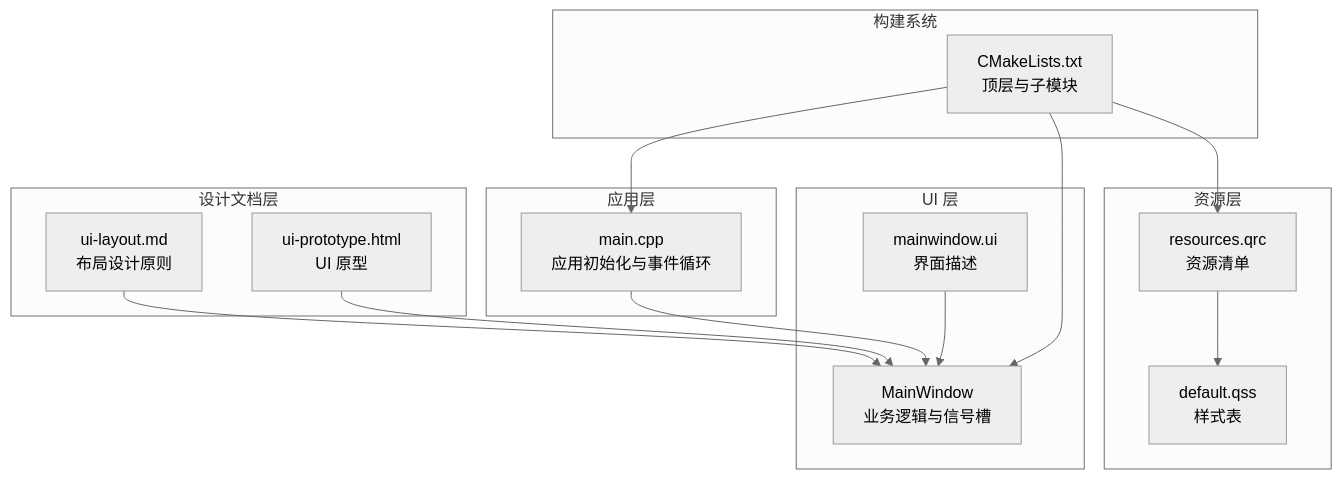
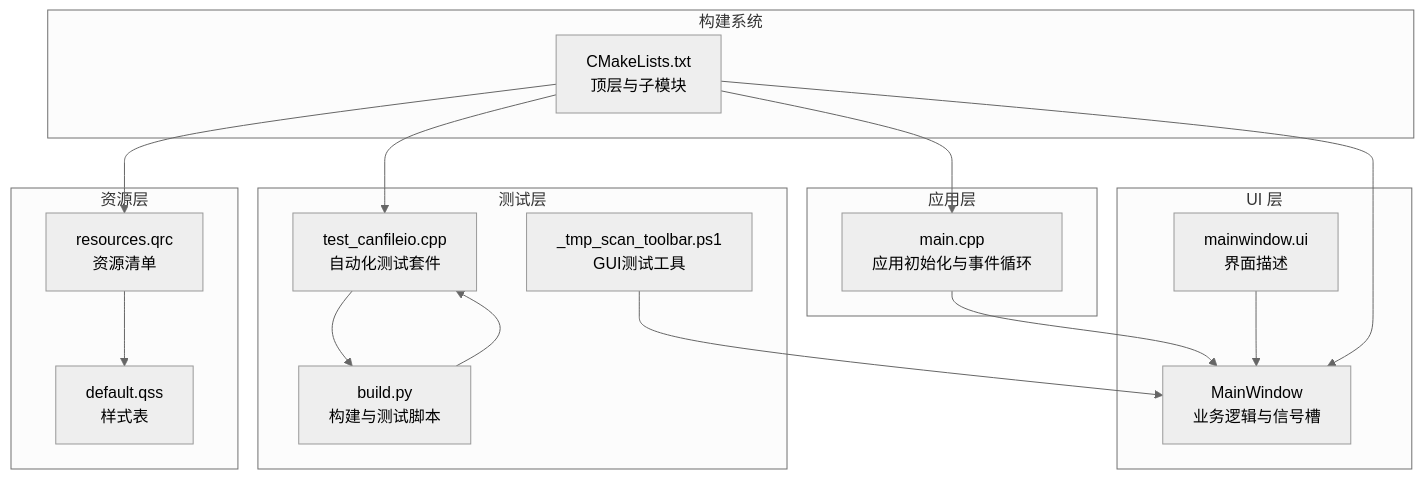
The second of 4 diagrams in .qoder/repowiki/zh/content/开发指南/开发指南.md (jakecai1225-design/OpenBus), drawn with Mermaid (neutral theme) before and after one commit. The commit also changed other lines of this file and 177 other files, not shown here.

````diff
--- a/.qoder/repowiki/zh/content/开发指南/开发指南.md
+++ b/.qoder/repowiki/zh/content/开发指南/开发指南.md
@@ -116,29 +116,32 @@
 ```mermaid
 graph TB
 subgraph "应用层"
 M["main.cpp<br/>应用初始化与事件循环"]
 end
 subgraph "UI 层"
 MW["MainWindow<br/>业务逻辑与信号槽"]
 UIC["mainwindow.ui<br/>界面描述"]
 end
+subgraph "测试层"
+TESTS["test_canfileio.cpp<br/>自动化测试套件"]
+BUILD["build.py<br/>构建与测试脚本"]
+GUI_TEST["_tmp_scan_toolbar.ps1<br/>GUI测试工具"]
+end
 subgraph "资源层"
 QRC["resources.qrc<br/>资源清单"]
 QSS["default.qss<br/>样式表"]
-end
-subgraph "设计文档层"
-LAYOUT["ui-layout.md<br/>布局设计原则"]
-PROTOTYPE["ui-prototype.html<br/>UI 原型"]
 end
 subgraph "构建系统"
 CMAKE["CMakeLists.txt<br/>顶层与子模块"]
 end
 M --> MW
 UIC --> MW
 QRC --> QSS
-LAYOUT --> MW
-PROTOTYPE --> MW
+TESTS --> BUILD
+GUI_TEST --> MW
+BUILD --> TESTS
 CMAKE --> M
 CMAKE --> MW
 CMAKE --> QRC
+CMAKE --> TESTS
 ```
````
